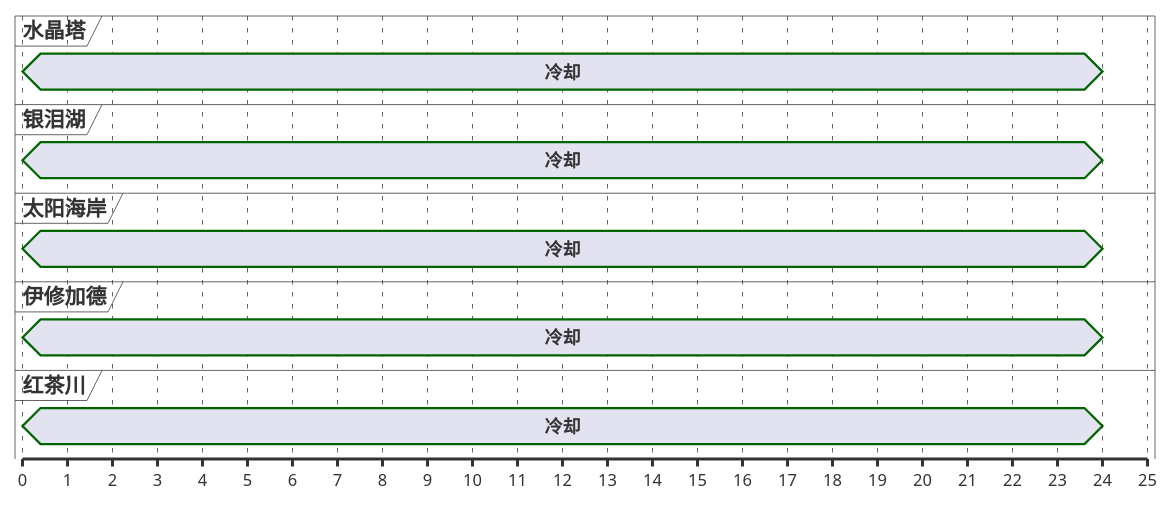
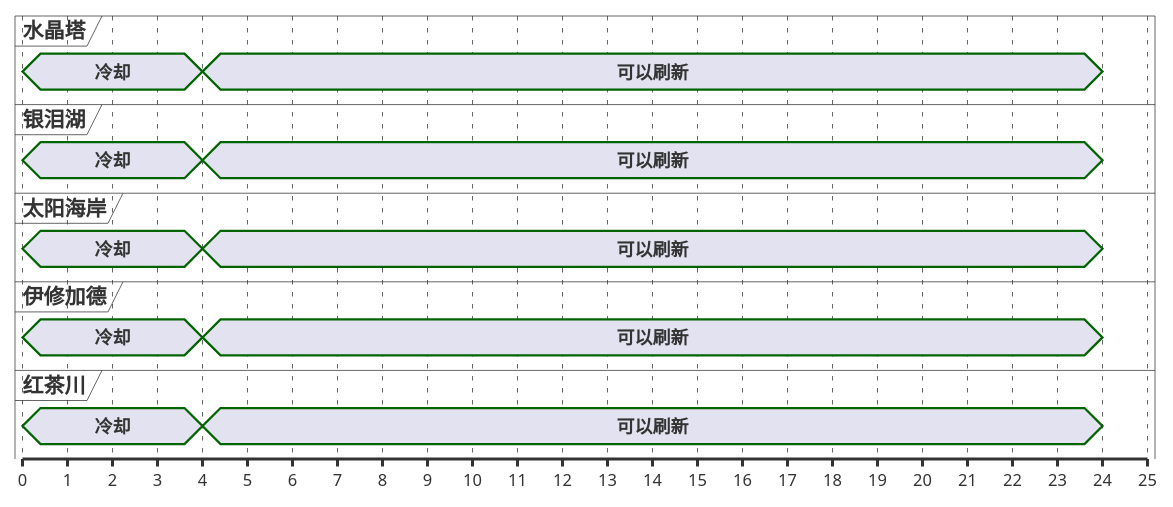
Before and after one commit to Eroleice/doc-pi: the fourth of 13 diagrams in ffxiv/hunt/2.0/the-Garlok.md, drawn with PlantUML. The commit also changed other lines of this file and 38 other files, not shown here.

````diff
--- a/ffxiv/hunt/2.0/the-Garlok.md
+++ b/ffxiv/hunt/2.0/the-Garlok.md
@@ -198,42 +198,42 @@
 ```plantuml
 @startuml
 scale 1 as 30 pixels
 
 concise 水晶塔
 concise 银泪湖
 concise 太阳海岸
 concise 伊修加德
 concise 红茶川
 
 @太阳海岸
 0 is 冷却
-0 is 可以刷新
-0 is 强制刷新
+4 is 可以刷新
+4 is 强制刷新
 24 is {hidden}
 
 @红茶川
 0 is 冷却
-0 is 可以刷新
-0 is 强制刷新
+4 is 可以刷新
+4 is 强制刷新
 24 is {hidden}
 
 @水晶塔
 0 is 冷却
-0 is 可以刷新
-0 is 强制刷新
+4 is 可以刷新
+4 is 强制刷新
 24 is {hidden}
 
 @银泪湖
 0 is 冷却
-0 is 可以刷新
-0 is 强制刷新
+4 is 可以刷新
+4 is 强制刷新
 24 is {hidden}
 
 @伊修加德
 0 is 冷却
-0 is 可以刷新
-0 is 强制刷新
+4 is 可以刷新
+4 is 强制刷新
 24 is {hidden}
 
 @enduml
 ```
````
